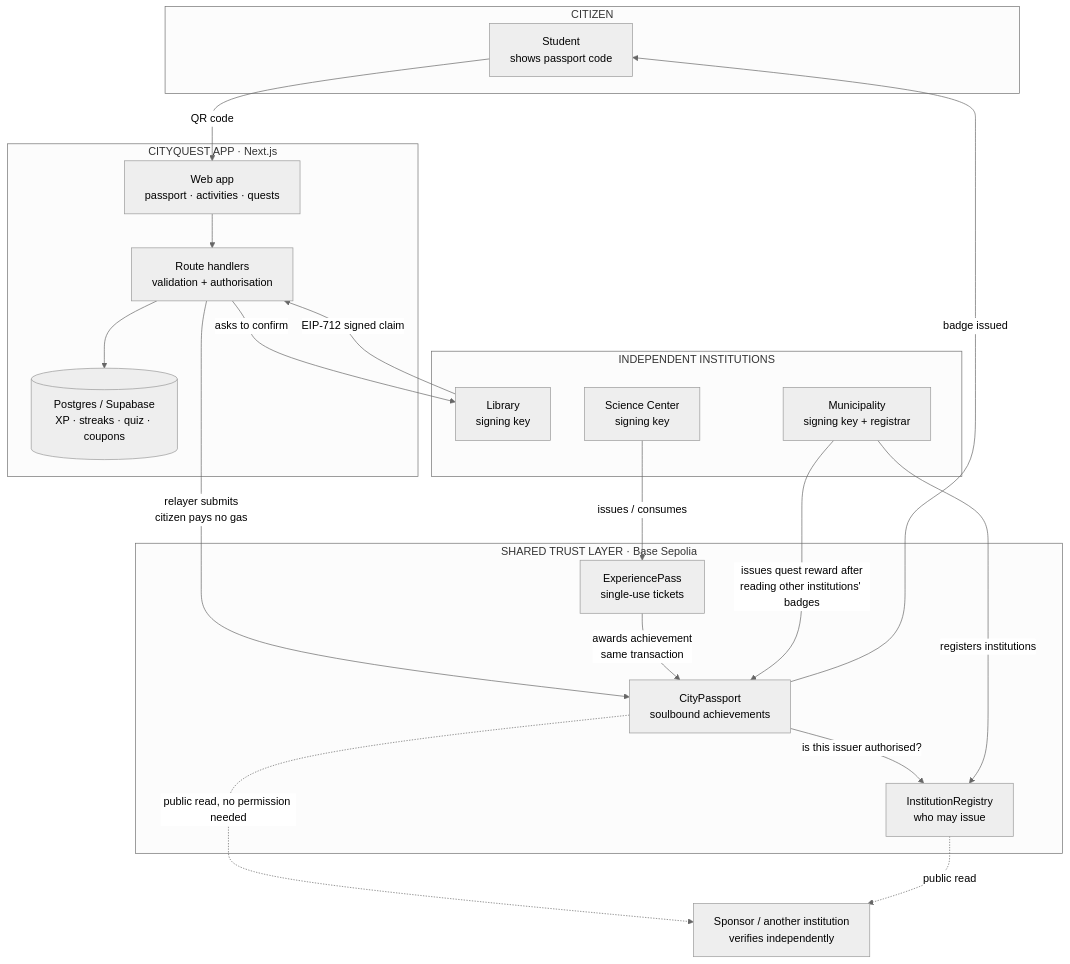
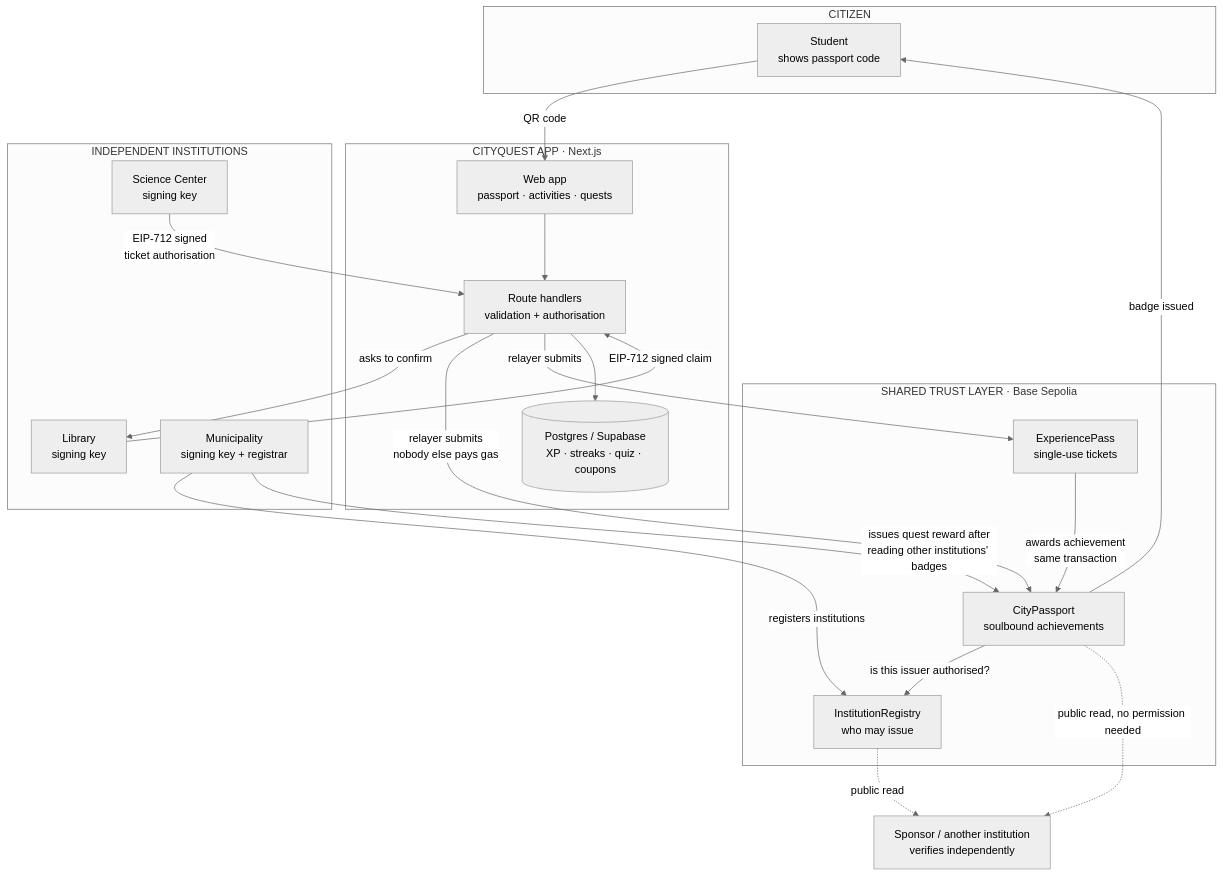
Before and after one commit to fatmanur38/city-quest: the diagram in README.md, drawn with Mermaid (neutral theme). The commit also changed other lines of this file and 11 other files, not shown here.

````diff
--- a/README.md
+++ b/README.md
@@ -92,41 +92,42 @@
 ```mermaid
 flowchart TB
     subgraph citizen["CITIZEN"]
         U["Student<br/>shows passport code"]
     end
 
     subgraph app["CITYQUEST APP · Next.js"]
         FE["Web app<br/>passport · activities · quests"]
         API["Route handlers<br/>validation + authorisation"]
         DB[("Postgres / Supabase<br/>XP · streaks · quiz · coupons")]
     end
 
     subgraph inst["INDEPENDENT INSTITUTIONS"]
         LIB["Library<br/>signing key"]
         SCI["Science Center<br/>signing key"]
         MUN["Municipality<br/>signing key + registrar"]
     end
 
     subgraph chain["SHARED TRUST LAYER · Base Sepolia"]
         REG["InstitutionRegistry<br/>who may issue"]
         PASS["CityPassport<br/>soulbound achievements"]
         TICK["ExperiencePass<br/>single-use tickets"]
     end
 
     SPONSOR["Sponsor / another institution<br/>verifies independently"]
 
     U -->|"QR code"| FE
     FE --> API
     API -->|"asks to confirm"| LIB
     LIB -->|"EIP-712 signed claim"| API
-    API -->|"relayer submits<br/>citizen pays no gas"| PASS
+    API -->|"relayer submits<br/>nobody else pays gas"| PASS
+    API -->|"relayer submits"| TICK
     PASS -->|"is this issuer authorised?"| REG
     PASS -->|"badge issued"| U
-    SCI -->|"issues / consumes"| TICK
+    SCI -->|"EIP-712 signed<br/>ticket authorisation"| API
     TICK -->|"awards achievement<br/>same transaction"| PASS
     MUN -->|"registers institutions"| REG
     MUN -->|"issues quest reward after<br/>reading other institutions' badges"| PASS
     API --> DB
     PASS -.->|"public read, no permission needed"| SPONSOR
     REG -.->|"public read"| SPONSOR
 ```
````
